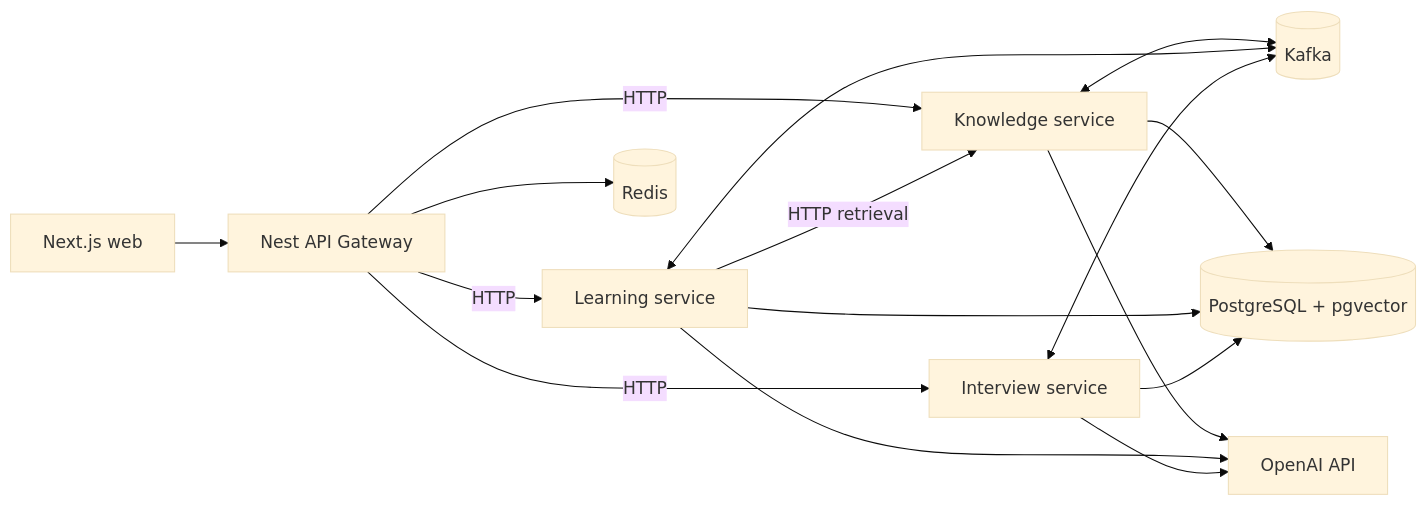
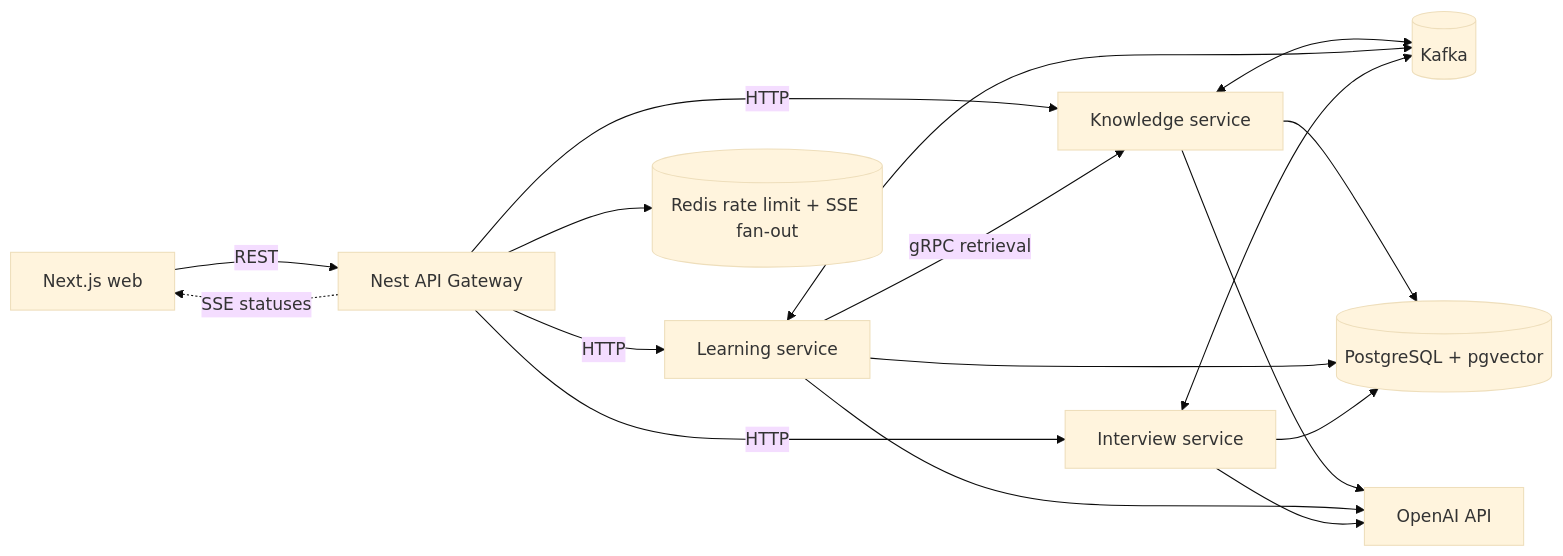
One commit to imbadattitles/wellAi changed the diagram in README.md. Above: the diagram before and after it, drawn with Mermaid (base theme). The commit also changed other lines of this file and 66 other files, not shown here.

````diff
--- a/README.md
+++ b/README.md
@@ -12,21 +54,22 @@
 ```mermaid
 flowchart LR
-  Web[Next.js web] --> Gateway[Nest API Gateway]
+  Web[Next.js web] -->|REST| Gateway[Nest API Gateway]
+  Gateway -.->|SSE statuses| Web
   Gateway -->|HTTP| Knowledge[Knowledge service]
   Gateway -->|HTTP| Learning[Learning service]
   Gateway -->|HTTP| Interview[Interview service]
-  Learning -->|HTTP retrieval| Knowledge
+  Learning -->|gRPC retrieval| Knowledge
 
   Knowledge <--> Kafka[(Kafka)]
   Learning <--> Kafka
   Interview <--> Kafka
 
   Knowledge --> PG[(PostgreSQL + pgvector)]
   Learning --> PG
   Interview --> PG
-  Gateway --> Redis[(Redis)]
+  Gateway --> Redis[(Redis rate limit + SSE fan-out)]
 
   Knowledge --> OpenAI[OpenAI API]
   Learning --> OpenAI
   Interview --> OpenAI
 ```
````
